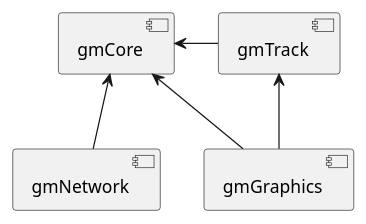
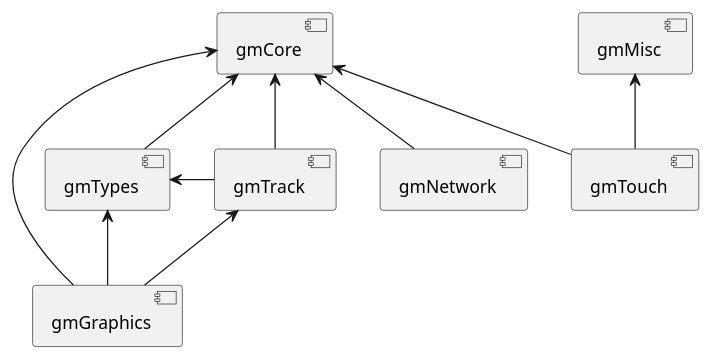
The first of 2 diagrams in README.md (karlun/gramods), drawn with PlantUML before and after one commit. The commit also changed other lines of this file, not shown here.

```diff
--- a/README.md
+++ b/README.md
@@ -113,10 +113,18 @@
 @startuml component
 component gmCore
 component gmNetwork
 component gmTrack
 component gmGraphics
+component gmTypes
+component gmMisc
+component gmTouch
 gmCore <-- gmNetwork
 gmCore <- gmGraphics
-gmCore <- gmTrack
+gmCore <-- gmTrack
+gmTypes <- gmTrack
+gmCore <-- gmTouch
+gmMisc <-- gmTouch
 gmTrack <-- gmGraphics
+gmTypes <-- gmGraphics
+gmCore <- gmTypes
 @enduml
```
